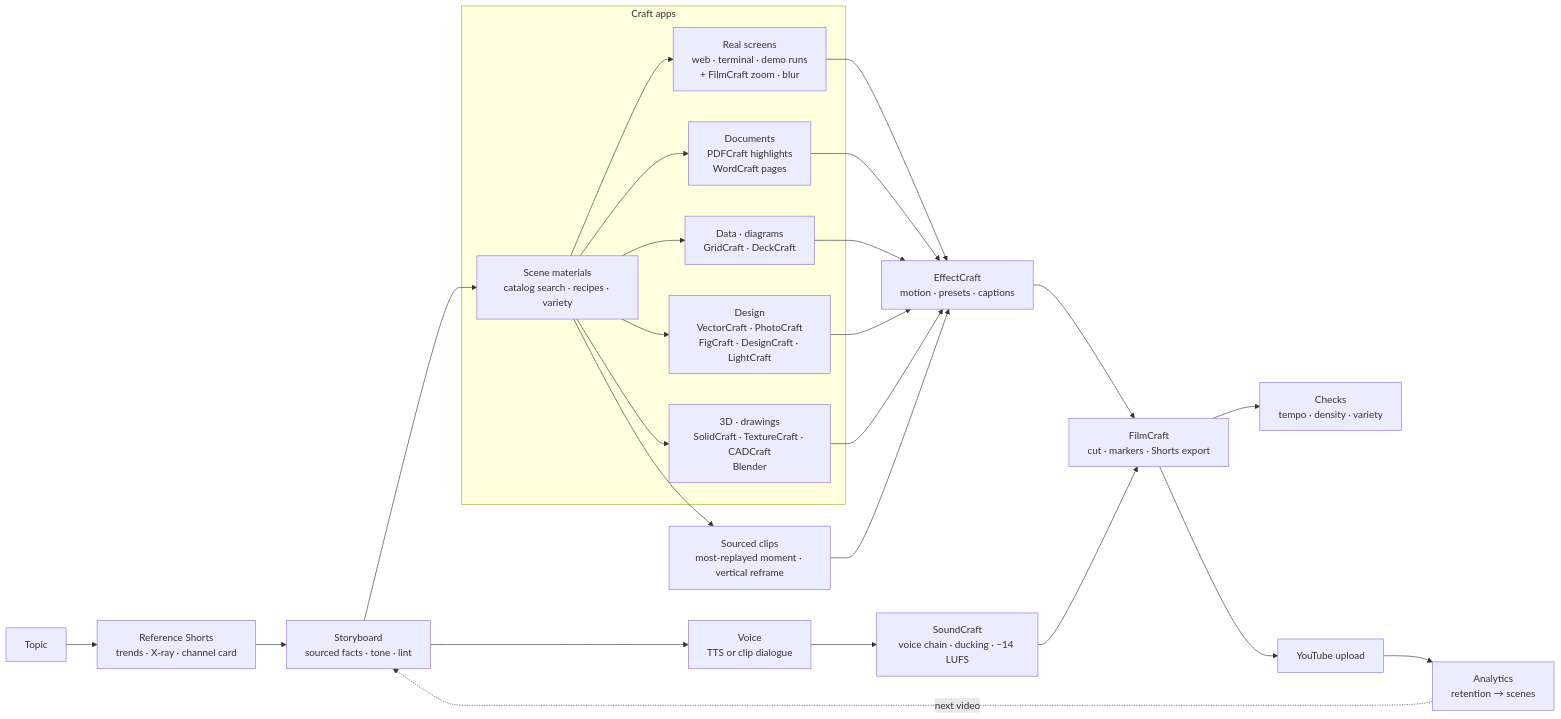
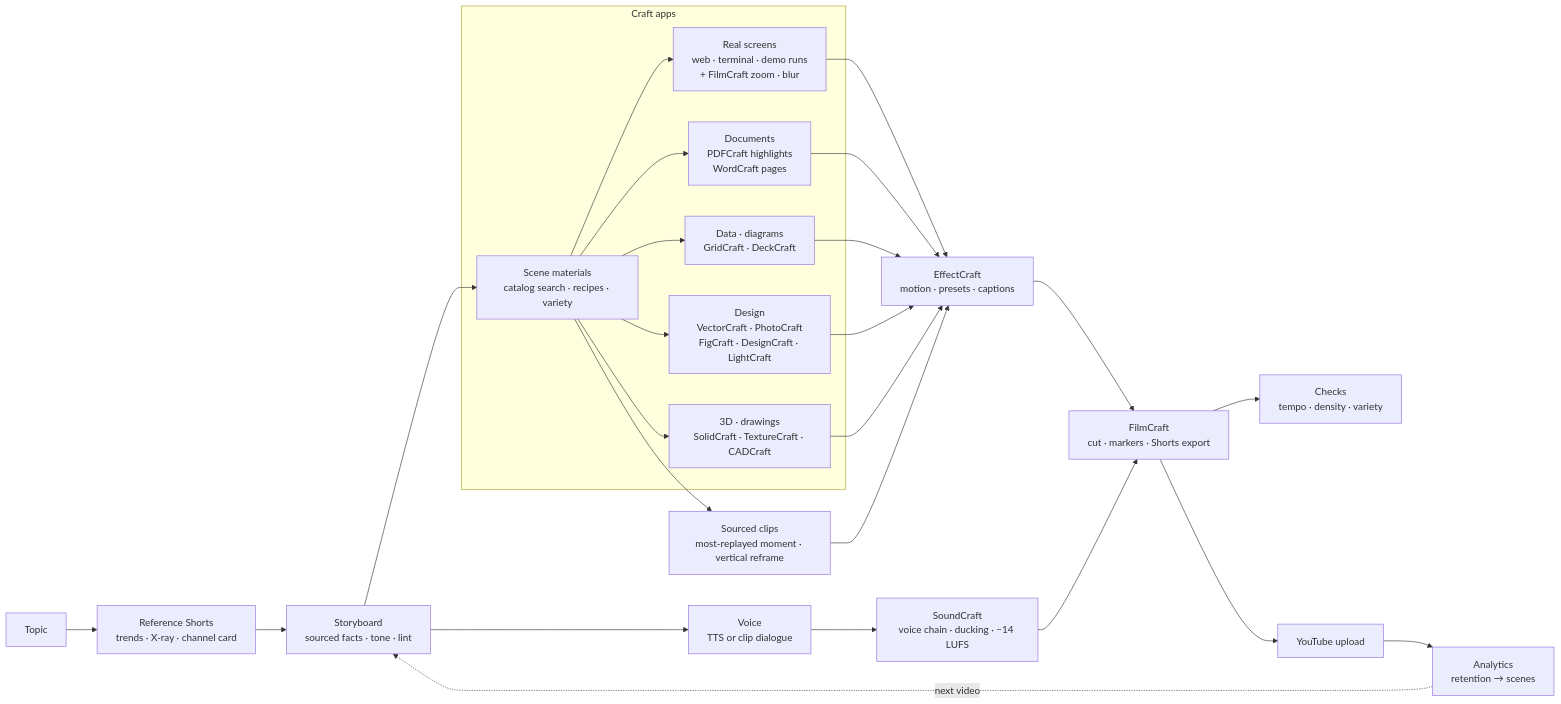
Before and after one commit to meowassassin/fluma: the diagram in README.md, drawn with Mermaid. The commit also changed other lines of this file and 1505 other files, not shown here.

````diff
--- a/README.md
+++ b/README.md
@@ -91,22 +89,22 @@
 ```mermaid
 flowchart LR
   A[Topic] --> R[Reference Shorts<br/>trends · X-ray · channel card]
   R --> S[Storyboard<br/>sourced facts · tone · lint]
   S --> V[Voice<br/>TTS or clip dialogue]
   S --> P[Scene materials<br/>catalog search · recipes · variety]
   subgraph Craft apps
     P --> RS[Real screens<br/>web · terminal · demo runs<br/>+ FilmCraft zoom · blur]
     P --> DOC[Documents<br/>PDFCraft highlights<br/>WordCraft pages]
     P --> DAT[Data · diagrams<br/>GridCraft · DeckCraft]
     P --> DES[Design<br/>VectorCraft · PhotoCraft<br/>FigCraft · DesignCraft · LightCraft]
-    P --> TD[3D · drawings<br/>SolidCraft · TextureCraft · CADCraft<br/>Blender]
+    P --> TD[3D · drawings<br/>SolidCraft · TextureCraft · CADCraft]
   end
   P --> CL[Sourced clips<br/>most-replayed moment · vertical reframe]
   RS & DOC & DAT & DES & TD & CL --> E[EffectCraft<br/>motion · presets · captions]
   V --> SC[SoundCraft<br/>voice chain · ducking · −14 LUFS]
   E & SC --> F[FilmCraft<br/>cut · markers · Shorts export]
   F --> T[Checks<br/>tempo · density · variety]
   F --> Y[YouTube upload]
   Y --> A2[Analytics<br/>retention → scenes]
   A2 -. next video .-> S
 ```
````
